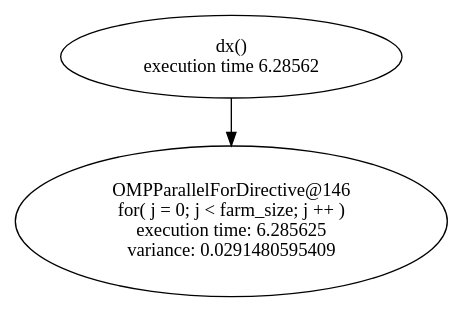
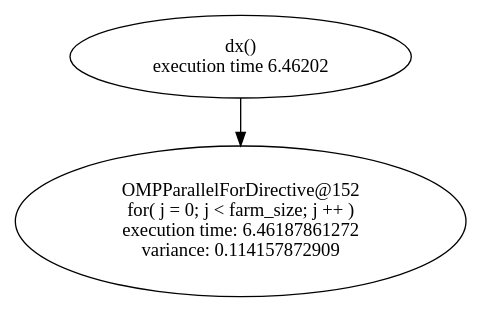
One commit to filippobrizzi/soma changed the diagram in graph_sched/graphs/dx_flow.dot. Above: the diagram before and after it, drawn with Graphviz. The commit also changed 25 other files, not shown here.

```diff
--- a/graph_sched/graphs/dx_flow.dot
+++ b/graph_sched/graphs/dx_flow.dot
@@ -1,7 +1,7 @@
 digraph G {
 	node [label="\N"];
-	graph [bb="0,0,324,212"];
-	144 [label="dx()\nexecution time 6.28562", root=144, pos="162,181", width="3.5556", height="0.86111"];
-	146 [label="OMPParallelForDirective@146\nfor( j = 0; j < farm_size; j ++ )\nexecution time: 6.285625\nvariance: 0.0291480595409", root=144, pos="162,57", width="4.5", height="1.5694"];
-	144 -> 146 [pos="e,162,113.87 162,149.71 162,141.79 162,132.97 162,124.01"];
+	graph [bb="0,0,338,212"];
+	150 [label="dx()\nexecution time 6.46202", root=150, pos="169,181", width="3.5556", height="0.86111"];
+	152 [label="OMPParallelForDirective@152\nfor( j = 0; j < farm_size; j ++ )\nexecution time: 6.46187861272\nvariance: 0.114157872909", root=150, pos="169,57", width="4.6944", height="1.5694"];
+	150 -> 152 [pos="e,169,113.87 169,149.71 169,141.79 169,132.97 169,124.01"];
 }
```
